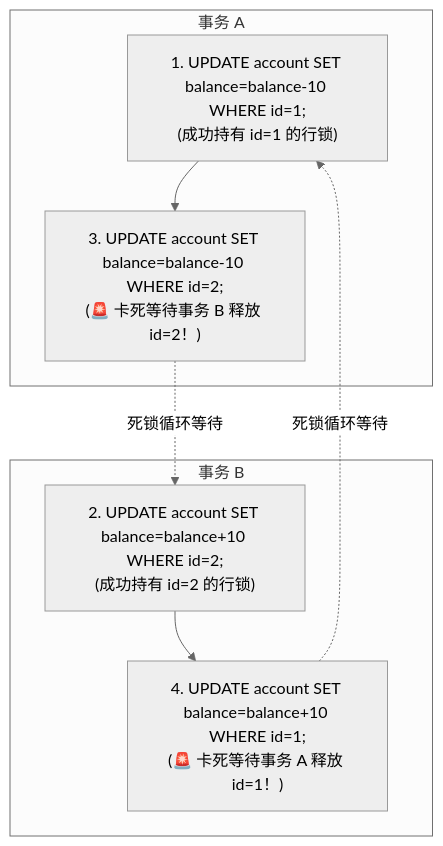
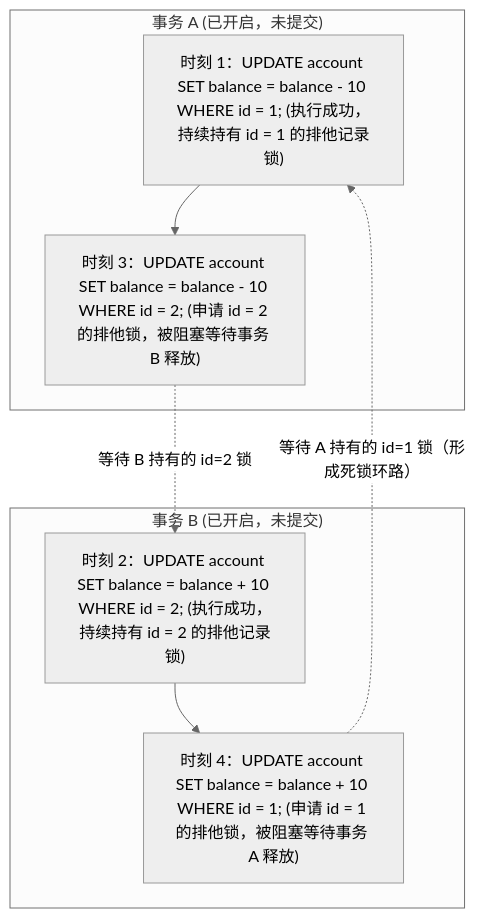
Before and after one commit to GuoWWWX/knowledge-base: the fifth of 5 diagrams in 20-Java后端/05-数据库与存储/03-MySQL锁机制.md, drawn with Mermaid (neutral theme). The commit also changed other lines of this file and 251 other files, not shown here.

````diff
--- a/20-Java后端/05-数据库与存储/03-MySQL锁机制.md
+++ b/20-Java后端/05-数据库与存储/03-MySQL锁机制.md
@@ -133,17 +157,17 @@
 ```mermaid
 flowchart TD
-    subgraph T1["事务 A"]
-        A1["1. UPDATE account SET balance=balance-10 WHERE id=1;<br/>(成功持有 id=1 的行锁)"]
-        A2["3. UPDATE account SET balance=balance-10 WHERE id=2;<br/>(🚨 卡死等待事务 B 释放 id=2！)"]
+    subgraph T1["事务 A (已开启，未提交)"]
+        A1["时刻 1：UPDATE account SET balance = balance - 10 WHERE id = 1; (执行成功，持续持有 id = 1 的排他记录锁)"]
+        A2["时刻 3：UPDATE account SET balance = balance - 10 WHERE id = 2; (申请 id = 2 的排他锁，被阻塞等待事务 B 释放)"]
     end
 
-    subgraph T2["事务 B"]
-        B1["2. UPDATE account SET balance=balance+10 WHERE id=2;<br/>(成功持有 id=2 的行锁)"]
-        B2["4. UPDATE account SET balance=balance+10 WHERE id=1;<br/>(🚨 卡死等待事务 A 释放 id=1！)"]
+    subgraph T2["事务 B (已开启，未提交)"]
+        B1["时刻 2：UPDATE account SET balance = balance + 10 WHERE id = 2; (执行成功，持续持有 id = 2 的排他记录锁)"]
+        B2["时刻 4：UPDATE account SET balance = balance + 10 WHERE id = 1; (申请 id = 1 的排他锁，被阻塞等待事务 A 释放)"]
     end
 
     A1 --> A2
     B1 --> B2
-    A2 -.->|"死锁循环等待"| B1
-    B2 -.->|"死锁循环等待"| A1
+    A2 -.->|"等待 B 持有的 id=2 锁"| B1
+    B2 -.->|"等待 A 持有的 id=1 锁（形成死锁环路）"| A1
 ```
````
